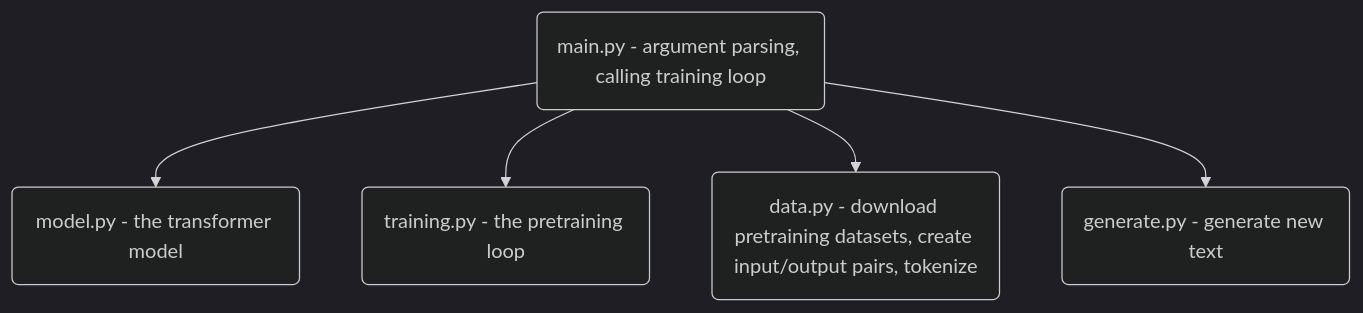
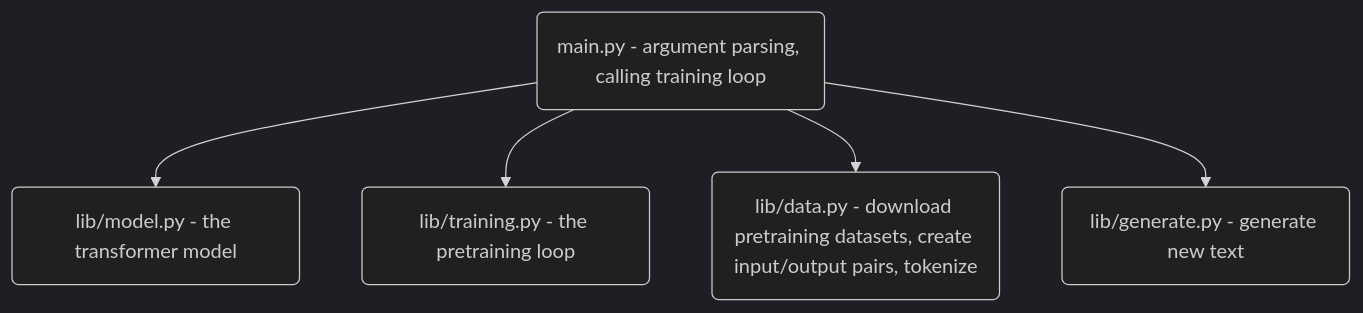
One commit to kongaskristjan/basics-from-scatch changed the diagram in pretraining/README.md. Above: the diagram before and after it, drawn with Mermaid (dark theme). The commit also changed other lines of this file and 4 other files, not shown here.

````diff
--- a/pretraining/README.md
+++ b/pretraining/README.md
@@ -5,13 +5,13 @@
 ```mermaid
 flowchart TD
 main(main.py - argument parsing, calling training loop)
-model(model.py - the transformer model)
-training(training.py - the pretraining loop)
-data(data.py - download pretraining datasets, create input/output pairs, tokenize)
-generate(generate.py - generate new text)
+model(lib/model.py - the transformer model)
+training(lib/training.py - the pretraining loop)
+data(lib/data.py - download pretraining datasets, create input/output pairs, tokenize)
+generate(lib/generate.py - generate new text)
 
 main --> model
 main --> training
 main --> data
 main --> generate
 ```
````
